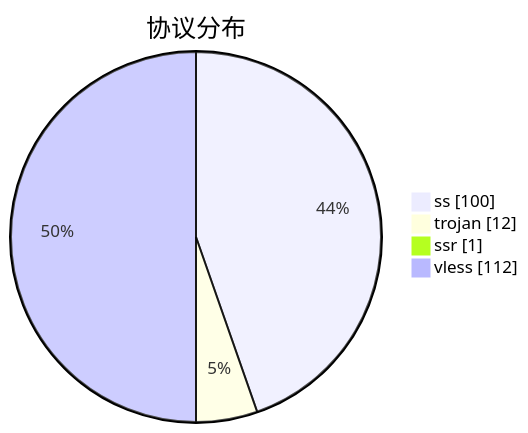
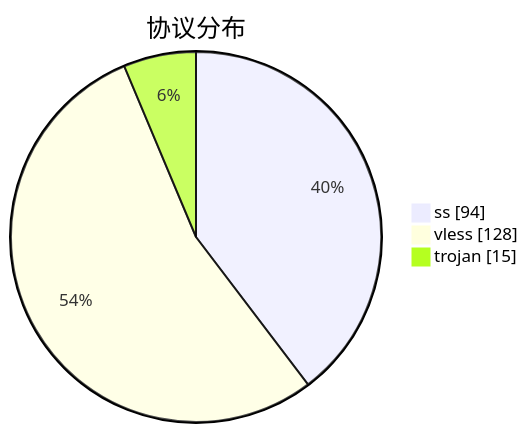
The third of 3 diagrams in subs/statistics/tested_within.md (qjlxg/airport), drawn with Mermaid before and after one commit. The commit also changed other lines of this file and 2 other files, not shown here.

````diff
--- a/subs/statistics/tested_within.md
+++ b/subs/statistics/tested_within.md
@@ -34,8 +35,7 @@
 ```mermaid
 pie showData
 title 协议分布
-"ss" : 100
-"trojan" : 12
-"ssr" : 1
-"vless" : 112
+"ss" : 94
+"vless" : 128
+"trojan" : 15
 ```
````
